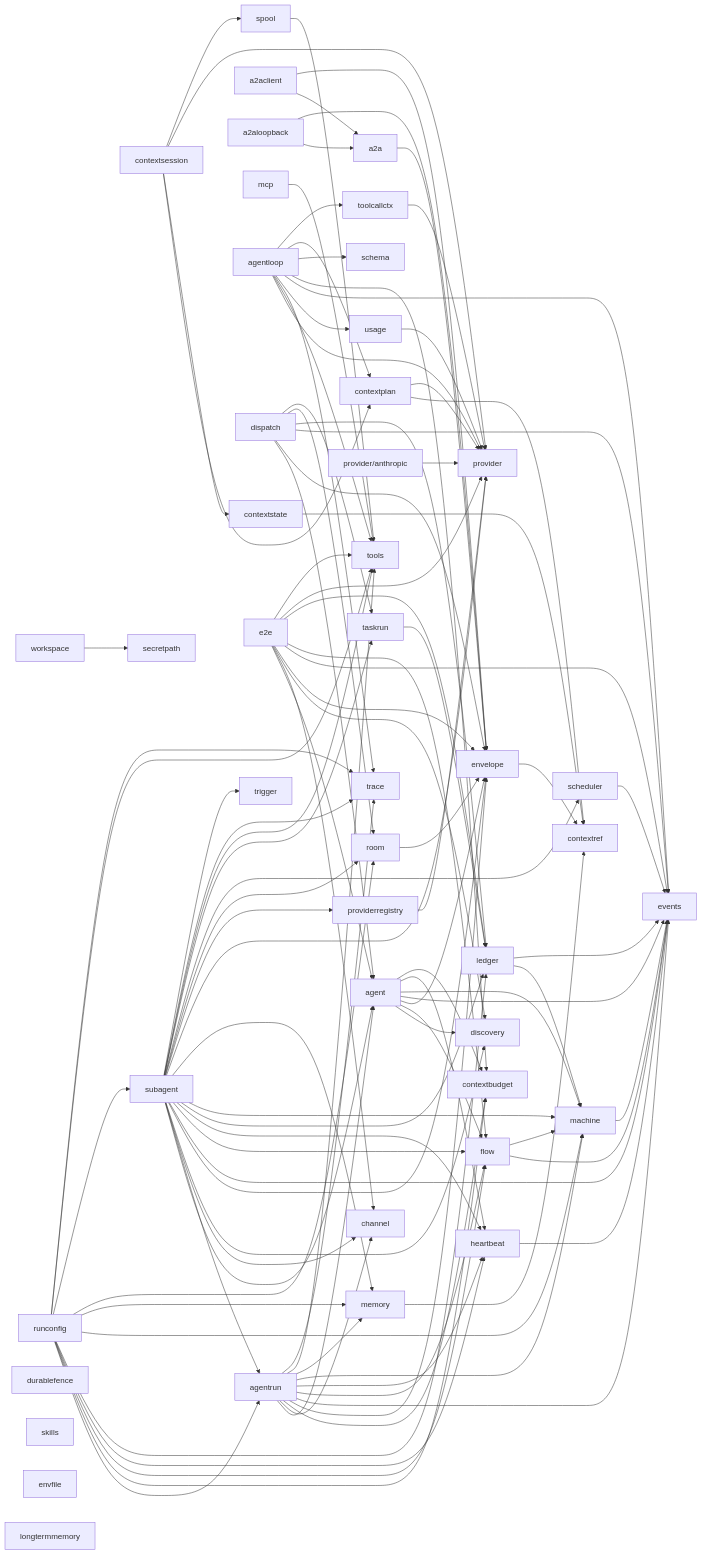
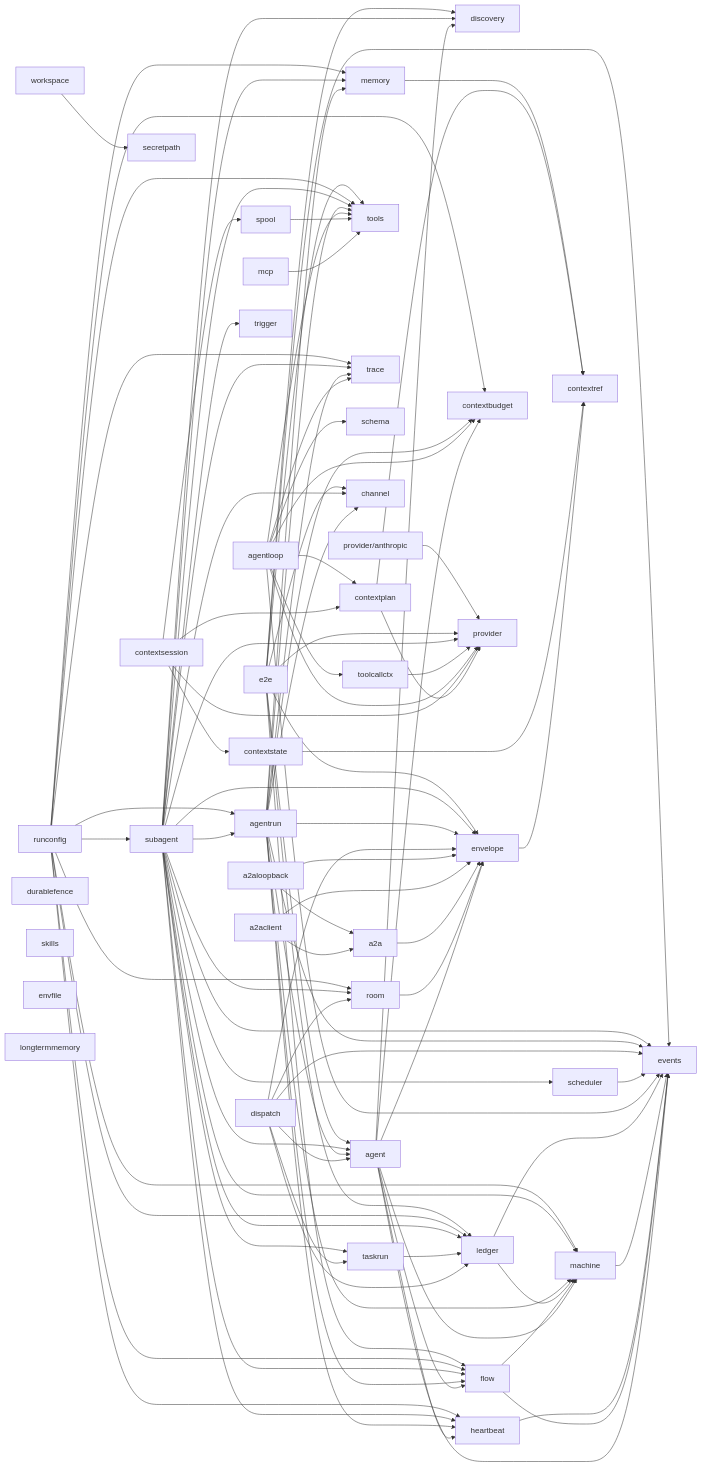
The first of 2 diagrams in docs/architecture.md (MiviaLabs/mivia-ai-sdk), drawn with Mermaid before and after one commit. The commit also changed other lines of this file and 36 other files, not shown here.

First line of the commit message:
feat(provider): fold usage and providerregistry into provider

```diff
--- a/docs/architecture.md
+++ b/docs/architecture.md
@@ -69,15 +69,12 @@
     agentloop --> provider
     agentloop --> tools
     agentloop --> trace
-    agentloop --> usage
     agentloop --> events
     agentloop --> contextbudget
     agentloop --> schema
     agentloop --> contextplan
     agentloop --> toolcallctx
     toolcallctx --> provider
-    usage --> provider
-    providerregistry --> provider
     scheduler --> events
     dispatch --> agent
     dispatch --> envelope
@@ -109,7 +106,6 @@
     subagent --> machine
     subagent --> memory
     subagent --> provider
-    subagent --> providerregistry
     subagent --> room
     subagent --> scheduler
     subagent --> taskrun
@@ -148,7 +144,6 @@
     skills[skills]
     tools[tools]
     trigger[trigger]
-    usage[usage]
     envfile[envfile]
     longtermmemory[longtermmemory]
     contextref[contextref]
```
